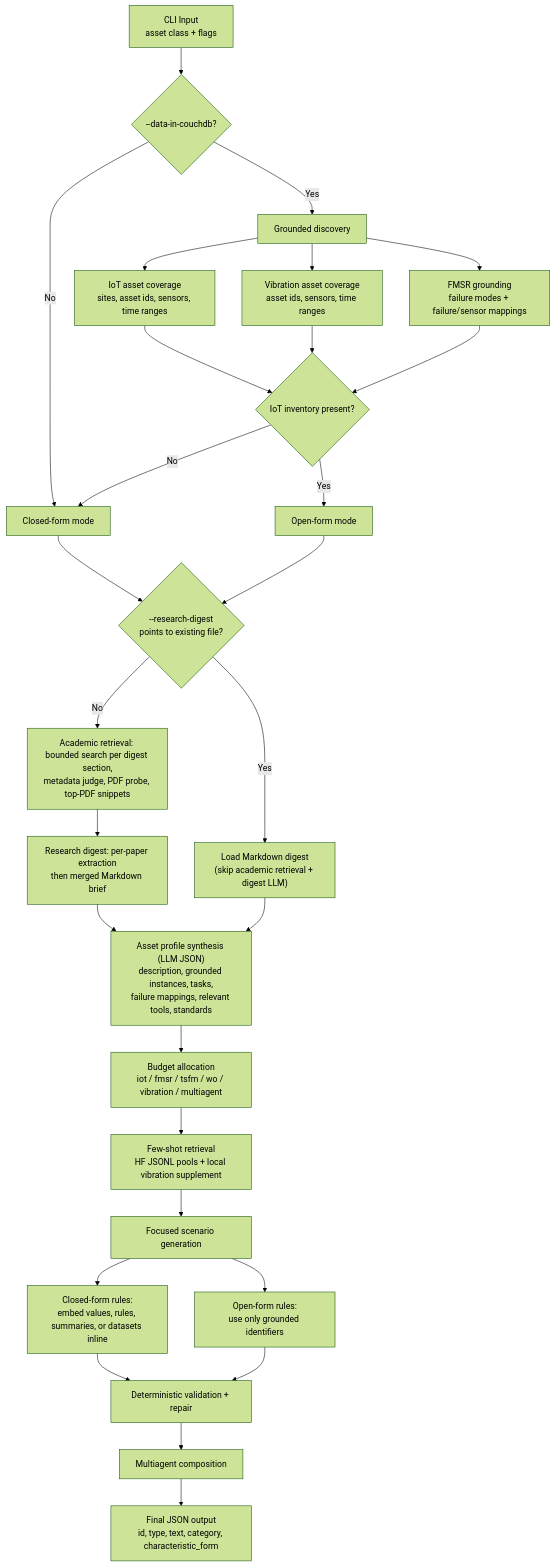
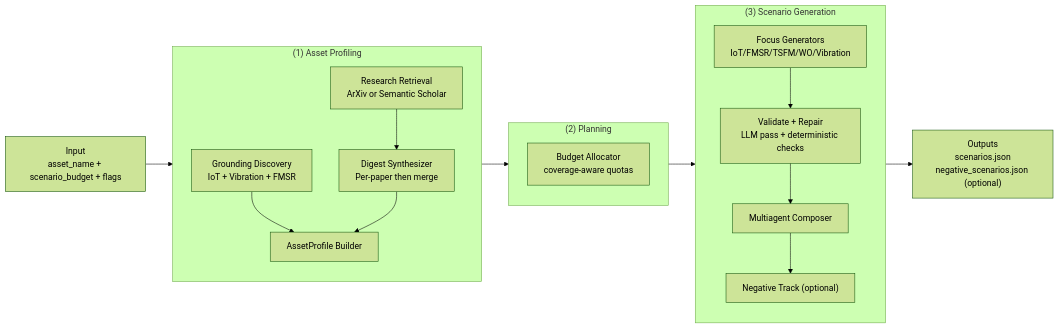
One commit to Rohith-Kanathur/AssetOpsBench changed the diagram in src/scenarios/README.md. Above: the diagram before and after it, drawn with Mermaid (forest theme). The commit also changed other lines of this file, not shown here.

````diff
--- a/src/scenarios/README.md
+++ b/src/scenarios/README.md
@@ -124,40 +14,29 @@
 ```mermaid
-flowchart TD
-    A["CLI Input<br/>asset class + flags"] --> B{"--data-in-couchdb?"}
-    B -->|No| C["Closed-form mode"]
-    B -->|Yes| D["Grounded discovery"]
+flowchart LR
+    I["Input<br/>asset_name + scenario_budget + flags"]
 
-    D --> D1["IoT asset coverage<br/>sites, asset ids, sensors, time ranges"]
-    D --> D2["Vibration asset coverage<br/>asset ids, sensors, time ranges"]
-    D --> D3["FMSR grounding<br/>failure modes + failure/sensor mappings"]
+    subgraph P1["(1) Asset Profiling"]
+      G["Grounding Discovery<br/>IoT + Vibration + FMSR"]
+      R["Research Retrieval<br/>ArXiv or Semantic Scholar"]
+      D["Digest Synthesizer<br/>Per-paper then merge"]
+      AP["AssetProfile Builder"]
+      G --> AP
+      R --> D --> AP
+    end
 
-    D1 --> E{"IoT inventory present?"}
-    D2 --> E
-    D3 --> E
+    subgraph P2["(2) Planning"]
+      B["Budget Allocator<br/>coverage-aware quotas"]
+    end
 
-    E -->|No| C
-    E -->|Yes| F["Open-form mode"]
+    subgraph P3["(3) Scenario Generation"]
+      F["Focus Generators<br/>IoT/FMSR/TSFM/WO/Vibration"]
+      V["Validate + Repair<br/>LLM pass + deterministic checks"]
+      M["Multiagent Composer"]
+      N["Negative Track (optional)"]
+      F --> V --> M --> N
+    end
 
-    C --> Rd{"--research-digest<br/>points to existing file?"}
-    F --> Rd
+    O["Outputs<br/>scenarios.json<br/>negative_scenarios.json (optional)"]
 
-    Rd -->|Yes| Gp["Load Markdown digest<br/>(skip academic retrieval + digest LLM)"]
-    Rd -->|No| G["Academic retrieval: bounded search per digest section,<br/>metadata judge, PDF probe, top-PDF snippets"]
-
-    G --> Gm["Research digest: per-paper extraction<br/>then merged Markdown brief"]
-
-    Gm --> H["Asset profile synthesis (LLM JSON)<br/>description, grounded instances, tasks,<br/>failure mappings, relevant tools, standards"]
-    Gp --> H
-    H --> I["Budget allocation<br/>iot / fmsr / tsfm / wo / vibration / multiagent"]
-    I --> J["Few-shot retrieval<br/>HF JSONL pools + local vibration supplement"]
-
-    J --> K["Focused scenario generation"]
-    K --> K1["Closed-form rules:<br/>embed values, rules, summaries, or datasets inline"]
-    K --> K2["Open-form rules:<br/>use only grounded identifiers"]
-
-    K1 --> L["Deterministic validation + repair"]
-    K2 --> L
-
-    L --> M["Multiagent composition"]
-    M --> N["Final JSON output<br/>id, type, text, category, characteristic_form"]
+    I --> P1 --> P2 --> P3 --> O
 ```
````
